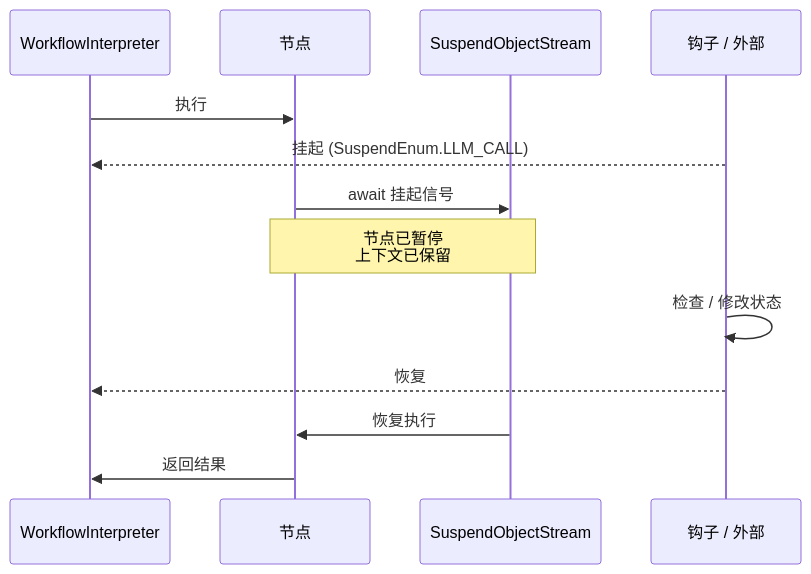
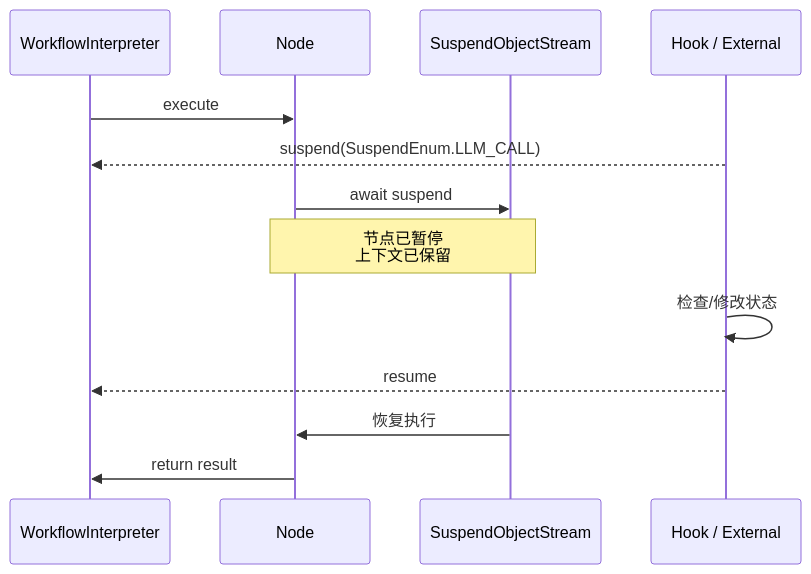
The fourth of 5 diagrams in docs/docs/zh/guide/extensions-integration/amrita-sense.md (AmritaBot/AmritaCore), drawn with Mermaid before and after one commit. The commit also changed other lines of this file and 160 other files, not shown here.

````diff
--- a/docs/docs/zh/guide/extensions-integration/amrita-sense.md
+++ b/docs/docs/zh/guide/extensions-integration/amrita-sense.md
@@ -143,16 +143,16 @@
 ```mermaid
 sequenceDiagram
     participant VM as WorkflowInterpreter
-    participant N as 节点
+    participant N as Node
     participant S as SuspendObjectStream
-    participant H as 钩子 / 外部
+    participant H as Hook / External
 
-    VM->>N: 执行
-    H-->>VM: 挂起 (SuspendEnum.LLM_CALL)
-    N->>S: await 挂起信号
+    VM->>N: execute
+    H-->>VM: suspend(SuspendEnum.LLM_CALL)
+    N->>S: await suspend
     Note over N,S: 节点已暂停<br/>上下文已保留
-    H->>H: 检查 / 修改状态
-    H-->>VM: 恢复
+    H->>H: 检查/修改状态
+    H-->>VM: resume
     S->>N: 恢复执行
-    N->>VM: 返回结果
+    N->>VM: return result
 ```
````
